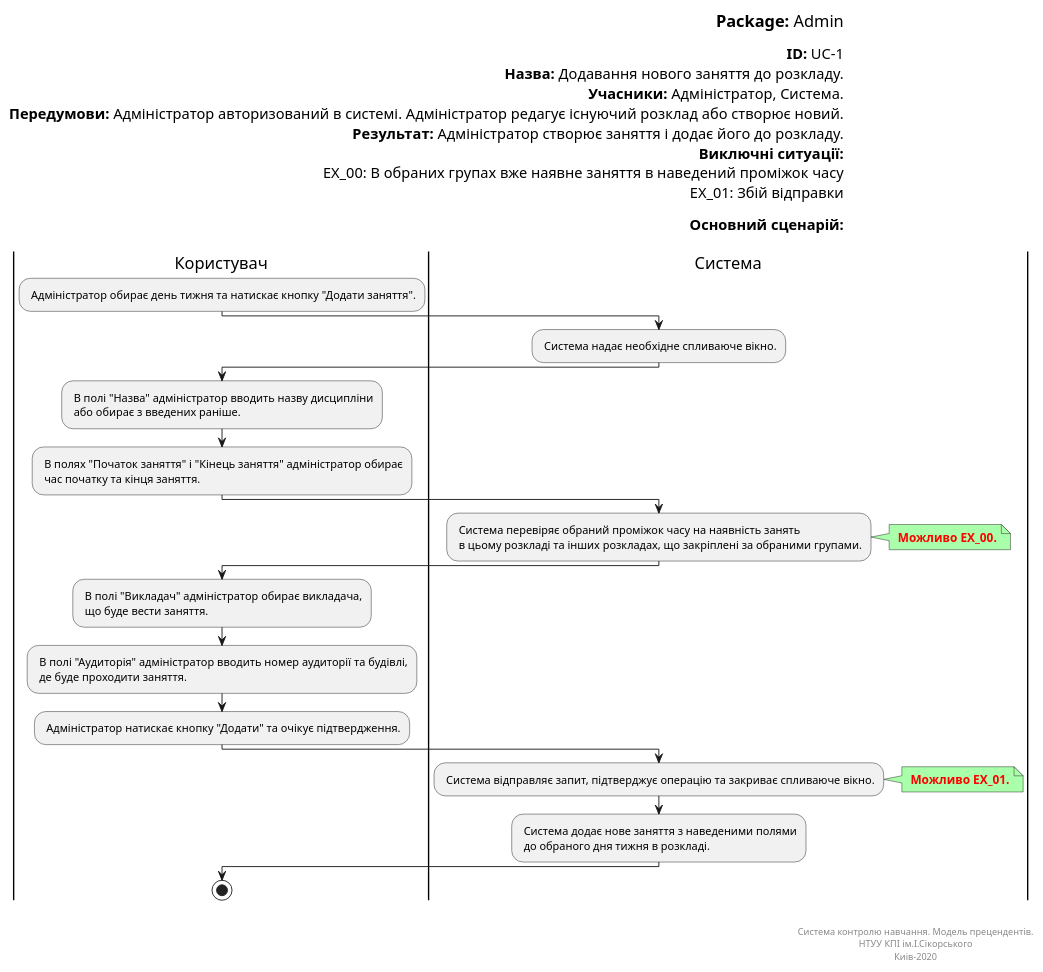
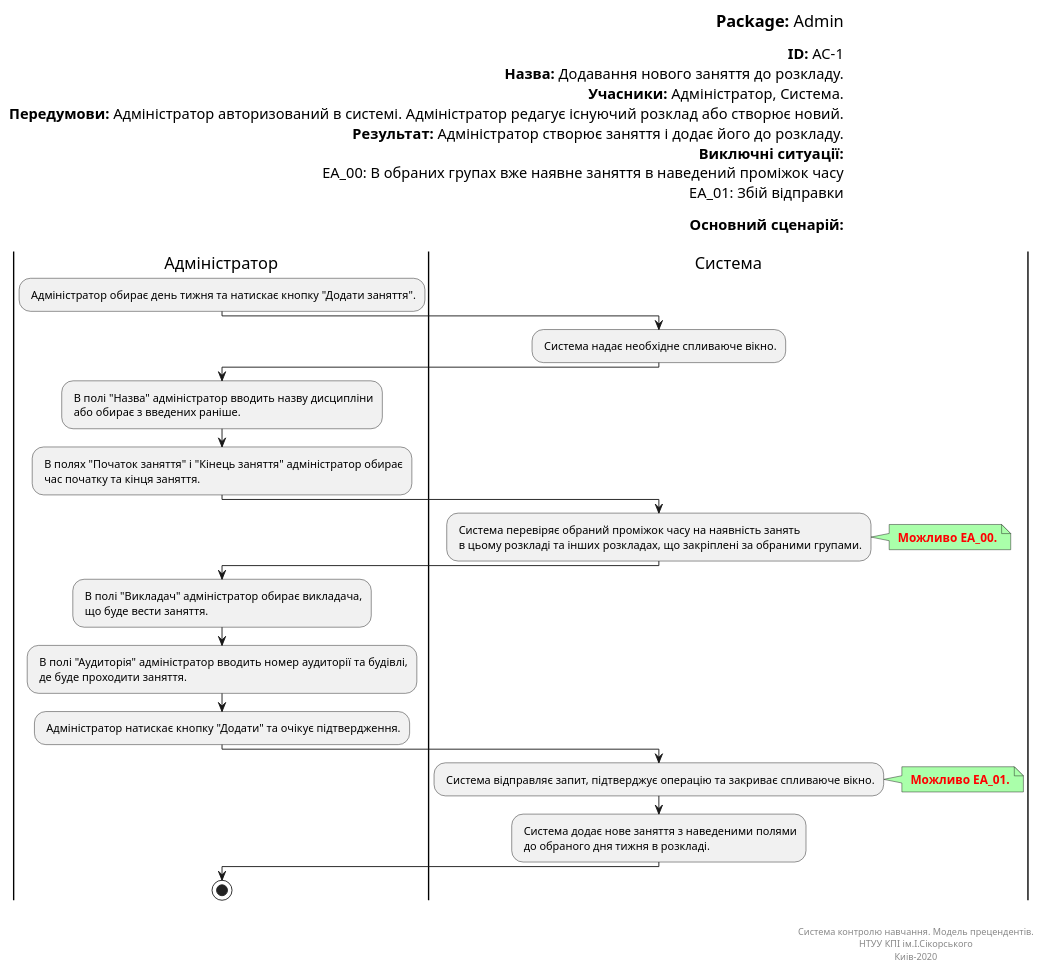
Before and after one commit to vladlinu/TeamOne: the diagram in docs/UML_Diagrams/scenarios/admin/src/add_class.pu, drawn with PlantUML. The commit also changed 9 other files, not shown here.

```diff
--- a/docs/UML_Diagrams/scenarios/admin/src/add_class.pu
+++ b/docs/UML_Diagrams/scenarios/admin/src/add_class.pu
@@ -1,68 +1,68 @@
 @startuml
 left header
 <font color=000 size=18><b>Package:</b> Admin
 
-<font color=000 size=16><b>ID:</b> UC-1
+<font color=000 size=16><b>ID:</b> AC-1
 <font color=000 size=16><b>Назва:</b> Додавання нового заняття до розкладу.
 <font color=000 size=16><b>Учасники:</b> Адміністратор, Система.
 <font color=000 size=16><b>Передумови:</b> Адміністратор авторизований в системі. Адміністратор редагує існуючий розклад або створює новий.
 <font color=000 size=16><b>Результат:</b> Адміністратор створює заняття і додає його до розкладу.
 <font color=000 size=16><b>Виключні ситуації:</b>
-<font color=000 size=16> EX_00: В обраних групах вже наявне заняття в наведений проміжок часу
-<font color=000 size=16> EX_01: Збій відправки
+<font color=000 size=16> EA_00: В обраних групах вже наявне заняття в наведений проміжок часу
+<font color=000 size=16> EA_01: Збій відправки
 
 <font color=000 size=16><b>Основний сценарій:</b>
 
 end header
 
-|Користувач|
+|Адміністратор|
 : Адміністратор обирає день тижня та натискає кнопку "Додати заняття".;
 
 |Система|
 : Система надає необхідне спливаюче вікно.;
 
-|Користувач|
+|Адміністратор|
 : В полі "Назва" адміністратор вводить назву дисципліни
  або обирає з введених раніше.;
 
 : В полях "Початок заняття" і "Кінець заняття" адміністратор обирає
  час початку та кінця заняття.;
 
 |Система|
 : Система перевіряє обраний проміжок часу на наявність занять
  в цьому розкладі та інших розкладах, що закріплені за обраними групами.;
 
 note right #aaffaa
-<font color=red><b> Можливо EX_00.
+<font color=red><b> Можливо EA_00.
 end note
 
-|Користувач|
+|Адміністратор|
 : В полі "Викладач" адміністратор обирає викладача,
  що буде вести заняття.;
 
 : В полі "Аудиторія" адміністратор вводить номер аудиторії та будівлі,
  де буде проходити заняття.;
 
 : Адміністратор натискає кнопку "Додати" та очікує підтвердження.;
 
 |Система|
 : Система відправляє запит, підтверджує операцію та закриває спливаюче вікно.;
 
 note right #aaffaa
-<font color=red><b> Можливо EX_01.
+<font color=red><b> Можливо EA_01.
 end note
 
 : Система додає нове заняття з наведеними полями 
  до обраного дня тижня в розкладі.;
 
-|Користувач|
+|Адміністратор|
 stop;
 
 right footer
 
 
 Система контролю навчання. Модель прецендентів.
 НТУУ КПІ ім.І.Сікорського
 Киів-2020
 end footer
 @enduml
```
